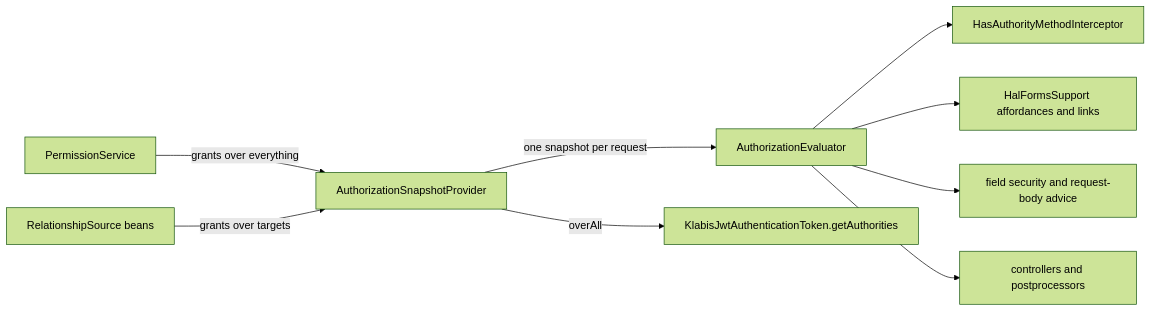
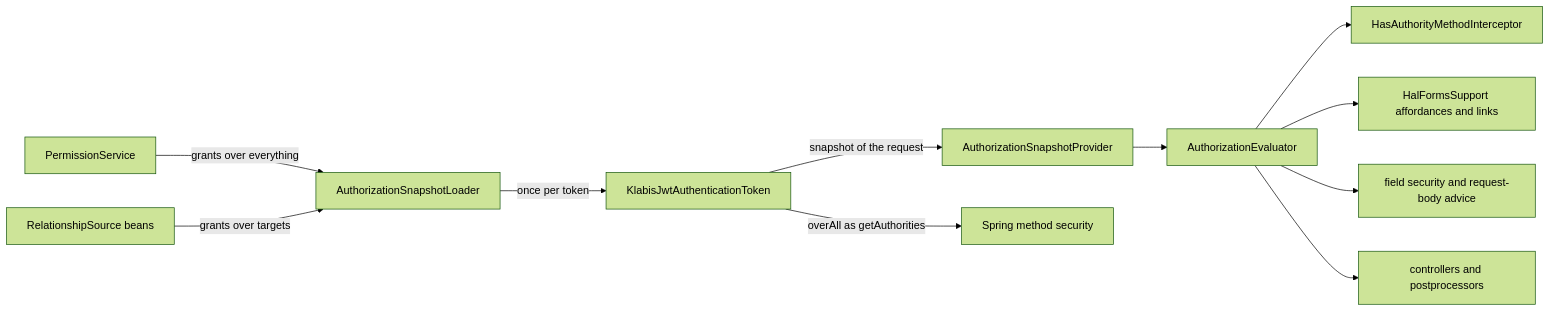
Before and after one commit to zabiny/klabis: the diagram in docs/design-decisions.md, drawn with Mermaid (forest theme). The commit also changed other lines of this file and 62 other files, not shown here.

First line of the commit message:
refactor(authorization): carry the permission snapshot on the access token

````diff
--- a/docs/design-decisions.md
+++ b/docs/design-decisions.md
@@ -322,11 +322,13 @@
 ```mermaid
 flowchart LR
-    PS[PermissionService] -->|grants over everything| SP[AuthorizationSnapshotProvider]
-    RS[RelationshipSource beans] -->|grants over targets| SP
-    SP -->|one snapshot per request| EV[AuthorizationEvaluator]
+    PS[PermissionService] -->|grants over everything| LD[AuthorizationSnapshotLoader]
+    RS[RelationshipSource beans] -->|grants over targets| LD
+    LD -->|once per token| TOK[KlabisJwtAuthenticationToken]
+    TOK -->|snapshot of the request| SP[AuthorizationSnapshotProvider]
+    SP --> EV[AuthorizationEvaluator]
     EV --> MI[HasAuthorityMethodInterceptor]
     EV --> HF[HalFormsSupport affordances and links]
     EV --> FS[field security and request-body advice]
     EV --> APP[controllers and postprocessors]
-    SP -->|overAll| TOK[KlabisJwtAuthenticationToken.getAuthorities]
+    TOK -->|overAll as getAuthorities| SPR[Spring method security]
 ```
````
